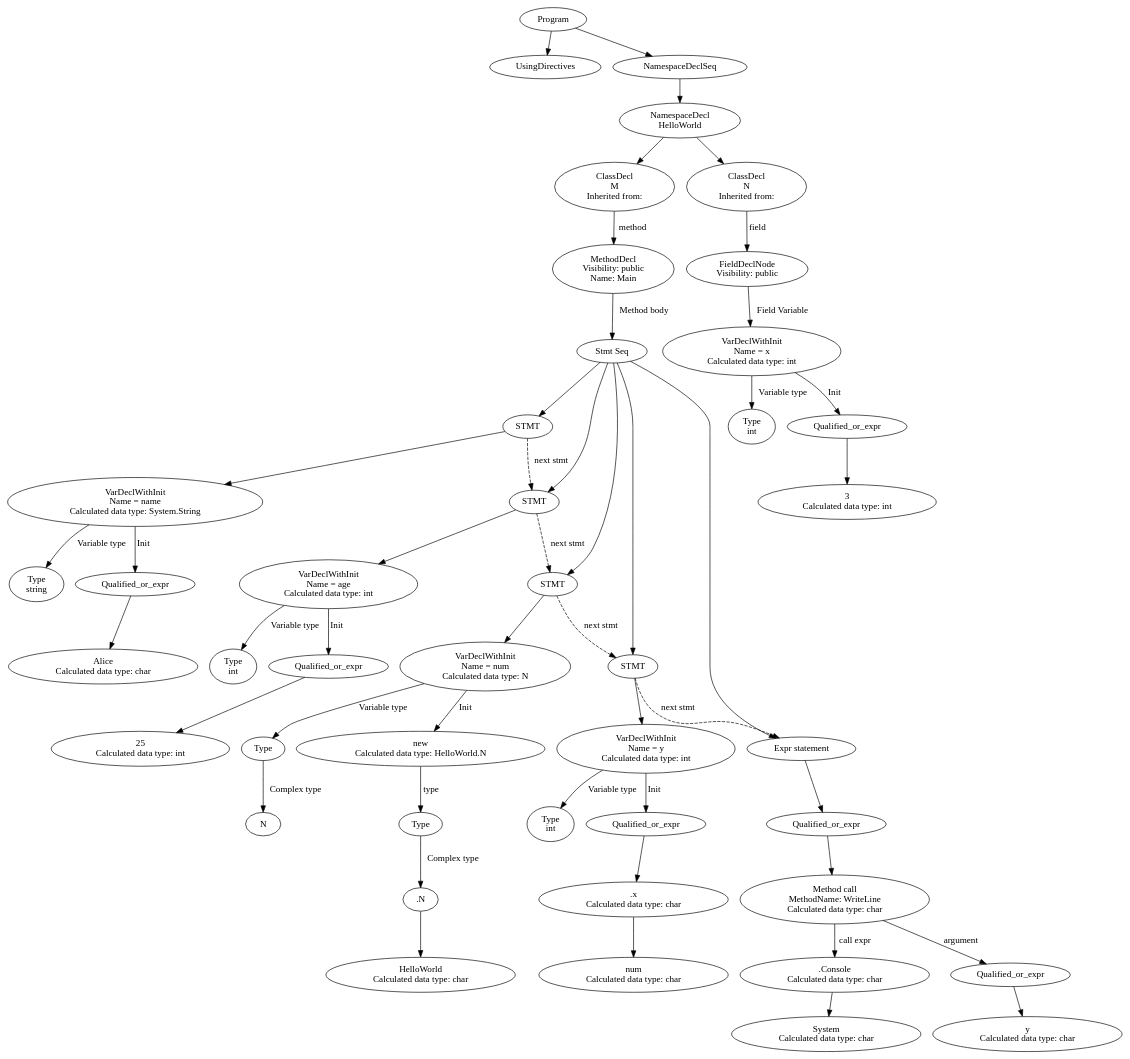
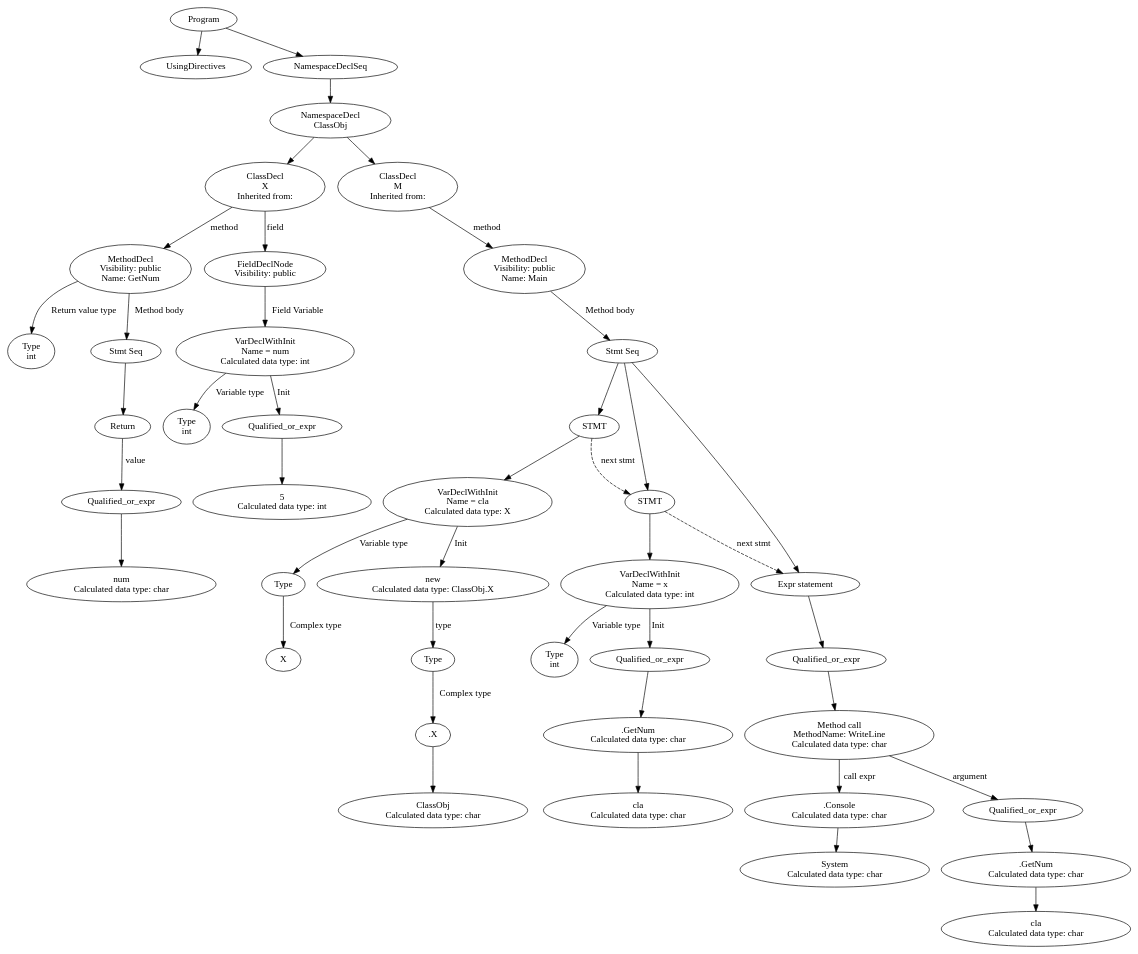
The diagram in lexer-build/ast.dot (SergeyGT/CSharp_Compiler), drawn with Graphviz before and after one commit. The commit also changed 7 other files, not shown here.

```diff
--- a/lexer-build/ast.dot
+++ b/lexer-build/ast.dot
@@ -1,93 +1,85 @@
 digraph Program {
-48 [label="Program"]
+46 [label="Program"]
 0 [label="UsingDirectives"]
-47 [label="NamespaceDeclSeq"]
-46 [label="NamespaceDecl\nHelloWorld"]
-37 [label="ClassDecl\nM\nInherited from: "]
-35 [label="MethodDecl\nVisibility: public\nName: Main"]
-7 [label="Stmt Seq"]
-6 [label="STMT"]
-5 [label="VarDeclWithInit\nName = name\nCalculated data type: System.String"]
-2 [label="Type\nstring"]
-5 -> 2 [label="Variable type"]
-4 [label="Qualified_or_expr"]
-3 [label="Alice\nCalculated data type: char"]
-4 -> 3
-5 -> 4 [label="Init"]
-6 -> 5
-7 -> 6
-12 [label="STMT"]
-11 [label="VarDeclWithInit\nName = age\nCalculated data type: int"]
-8 [label="Type\nint"]
-11 -> 8 [label="Variable type"]
+45 [label="NamespaceDeclSeq"]
+44 [label="NamespaceDecl\nClassObj"]
+14 [label="ClassDecl\nX\nInherited from: "]
+13 [label="MethodDecl\nVisibility: public\nName: GetNum"]
+7 [label="Type\nint"]
+13 -> 7 [label="Return value type"]
+12 [label="Stmt Seq"]
+11 [label="Return"]
 10 [label="Qualified_or_expr"]
-9 [label="25\nCalculated data type: int"]
+9 [label="num\nCalculated data type: char"]
 10 -> 9
-11 -> 10 [label="Init"]
+11 -> 10 [label="value"]
 12 -> 11
-7 -> 12
-6 -> 12 [label="next stmt"][style="dashed"]
-20 [label="STMT"]
-19 [label="VarDeclWithInit\nName = num\nCalculated data type: N"]
-14 [label="Type"]
-13 [label="N"]
-14 -> 13 [label="Complex type"]
-19 -> 14 [label="Variable type"]
-18 [label="new\nCalculated data type: HelloWorld.N"]
-17 [label="Type"]
-16 [label=".N"]
-15 [label="HelloWorld\nCalculated data type: char"]
-16 -> 15
-17 -> 16 [label="Complex type"]
-18 -> 17 [label="type"]
-19 -> 18 [label="Init"]
+13 -> 12 [label="Method body"]
+14 -> 13 [label="method"]
+5 [label="FieldDeclNode\nVisibility: public"]
+4 [label="VarDeclWithInit\nName = num\nCalculated data type: int"]
+1 [label="Type\nint"]
+4 -> 1 [label="Variable type"]
+3 [label="Qualified_or_expr"]
+2 [label="5\nCalculated data type: int"]
+3 -> 2
+4 -> 3 [label="Init"]
+5 -> 4 [label="Field Variable"]
+14 -> 5 [label="field"]
+44 -> 14
+43 [label="ClassDecl\nM\nInherited from: "]
+41 [label="MethodDecl\nVisibility: public\nName: Main"]
+25 [label="Stmt Seq"]
+24 [label="STMT"]
+23 [label="VarDeclWithInit\nName = cla\nCalculated data type: X"]
+18 [label="Type"]
+17 [label="X"]
+18 -> 17 [label="Complex type"]
+23 -> 18 [label="Variable type"]
+22 [label="new\nCalculated data type: ClassObj.X"]
+21 [label="Type"]
+20 [label=".X"]
+19 [label="ClassObj\nCalculated data type: char"]
 20 -> 19
-7 -> 20
-12 -> 20 [label="next stmt"][style="dashed"]
-26 [label="STMT"]
-25 [label="VarDeclWithInit\nName = y\nCalculated data type: int"]
-21 [label="Type\nint"]
-25 -> 21 [label="Variable type"]
-24 [label="Qualified_or_expr"]
-23 [label=".x\nCalculated data type: char"]
-22 [label="num\nCalculated data type: char"]
-23 -> 22
+21 -> 20 [label="Complex type"]
+22 -> 21 [label="type"]
+23 -> 22 [label="Init"]
 24 -> 23
-25 -> 24 [label="Init"]
-26 -> 25
-7 -> 26
-20 -> 26 [label="next stmt"][style="dashed"]
-34 [label="Expr statement"]
-33 [label="Qualified_or_expr"]
-32 [label="Method call\nMethodName: WriteLine\nCalculated data type: char"]
-28 [label=".Console\nCalculated data type: char"]
-27 [label="System\nCalculated data type: char"]
+25 -> 24
+31 [label="STMT"]
+30 [label="VarDeclWithInit\nName = x\nCalculated data type: int"]
+26 [label="Type\nint"]
+30 -> 26 [label="Variable type"]
+29 [label="Qualified_or_expr"]
+28 [label=".GetNum\nCalculated data type: char"]
+27 [label="cla\nCalculated data type: char"]
 28 -> 27
-32 -> 28 [label="call expr"]
-30 [label="Qualified_or_expr"]
-29 [label="y\nCalculated data type: char"]
-30 -> 29
-32 -> 30 [label="argument"]
+29 -> 28
+30 -> 29 [label="Init"]
+31 -> 30
+25 -> 31
+24 -> 31 [label="next stmt"][style="dashed"]
+40 [label="Expr statement"]
+39 [label="Qualified_or_expr"]
+38 [label="Method call\nMethodName: WriteLine\nCalculated data type: char"]
+33 [label=".Console\nCalculated data type: char"]
+32 [label="System\nCalculated data type: char"]
 33 -> 32
-34 -> 33
-7 -> 34
-26 -> 34 [label="next stmt"][style="dashed"]
-35 -> 7 [label="Method body"]
-37 -> 35 [label="method"]
-46 -> 37
-45 [label="ClassDecl\nN\nInherited from: "]
-43 [label="FieldDeclNode\nVisibility: public"]
-42 [label="VarDeclWithInit\nName = x\nCalculated data type: int"]
-39 [label="Type\nint"]
-42 -> 39 [label="Variable type"]
-41 [label="Qualified_or_expr"]
-40 [label="3\nCalculated data type: int"]
-41 -> 40
-42 -> 41 [label="Init"]
-43 -> 42 [label="Field Variable"]
-45 -> 43 [label="field"]
+38 -> 33 [label="call expr"]
+36 [label="Qualified_or_expr"]
+35 [label=".GetNum\nCalculated data type: char"]
+34 [label="cla\nCalculated data type: char"]
+35 -> 34
+36 -> 35
+38 -> 36 [label="argument"]
+39 -> 38
+40 -> 39
+25 -> 40
+31 -> 40 [label="next stmt"][style="dashed"]
+41 -> 25 [label="Method body"]
+43 -> 41 [label="method"]
+44 -> 43
+45 -> 44
+46 -> 0
 46 -> 45
-47 -> 46
-48 -> 0
-48 -> 47
 }
```
